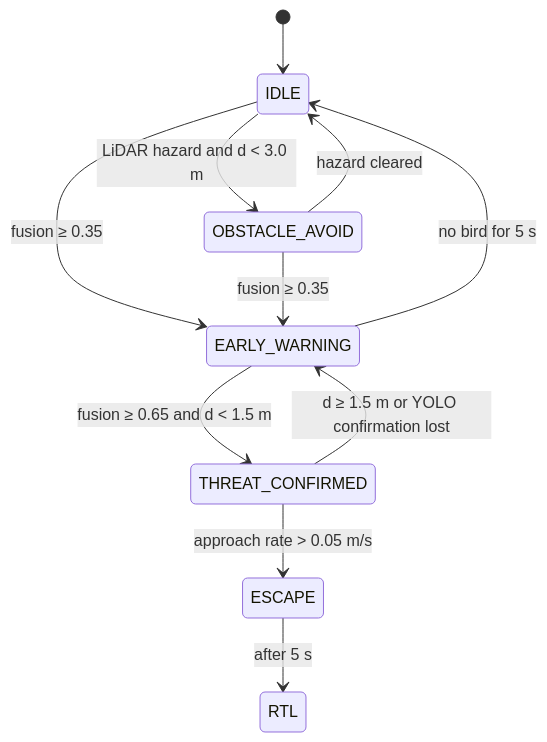
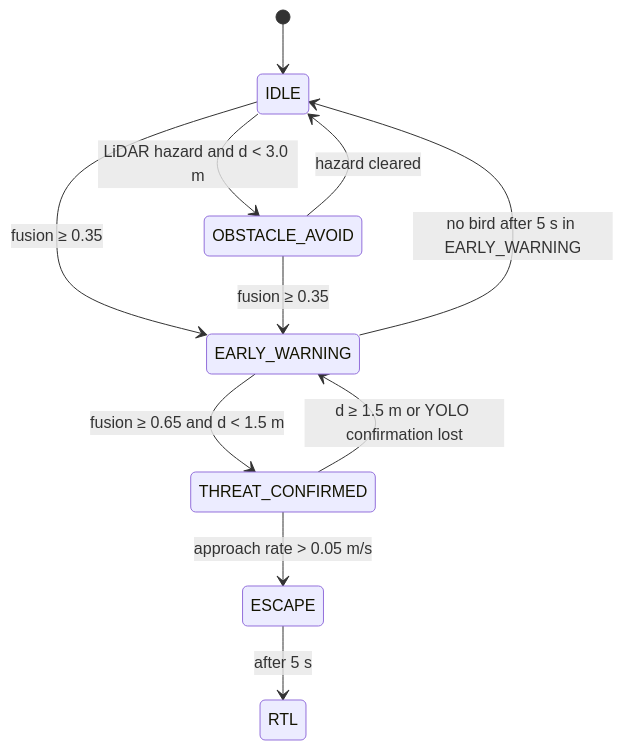
One commit to AycanCoskun/uav-raptor-avoidance-ros2 changed the second of 2 diagrams in README.md. Above: the diagram before and after it, drawn with Mermaid. The commit also changed other lines of this file and 9 other files, not shown here.

First line of the commit message:
Compare the escape with the bird's arrival in the raptor chart

````diff
--- a/README.md
+++ b/README.md
@@ -92,13 +92,13 @@
 ```mermaid
 stateDiagram-v2
   [*] --> IDLE
   IDLE --> OBSTACLE_AVOID: LiDAR hazard and d < 3.0 m
   OBSTACLE_AVOID --> IDLE: hazard cleared
   IDLE --> EARLY_WARNING: fusion ≥ 0.35
   OBSTACLE_AVOID --> EARLY_WARNING: fusion ≥ 0.35
-  EARLY_WARNING --> IDLE: no bird for 5 s
+  EARLY_WARNING --> IDLE: no bird after 5 s in EARLY_WARNING
   EARLY_WARNING --> THREAT_CONFIRMED: fusion ≥ 0.65 and d < 1.5 m
   THREAT_CONFIRMED --> EARLY_WARNING: d ≥ 1.5 m or YOLO confirmation lost
   THREAT_CONFIRMED --> ESCAPE: approach rate > 0.05 m/s
   ESCAPE --> RTL: after 5 s
 ```
````
